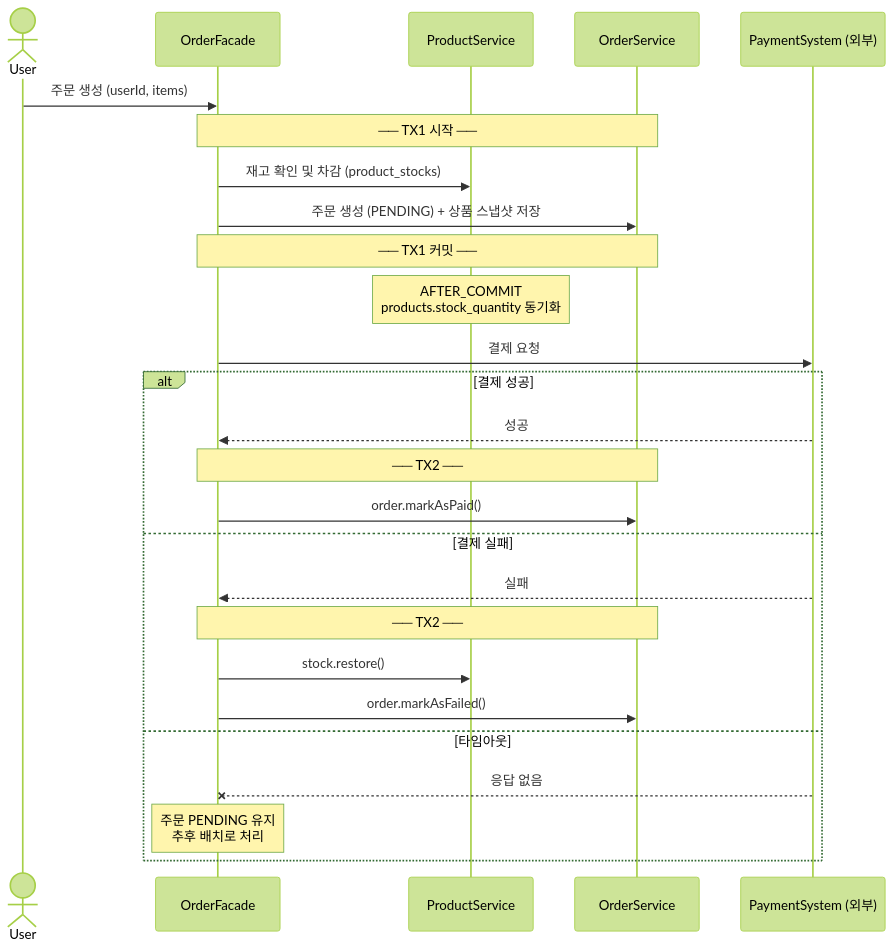
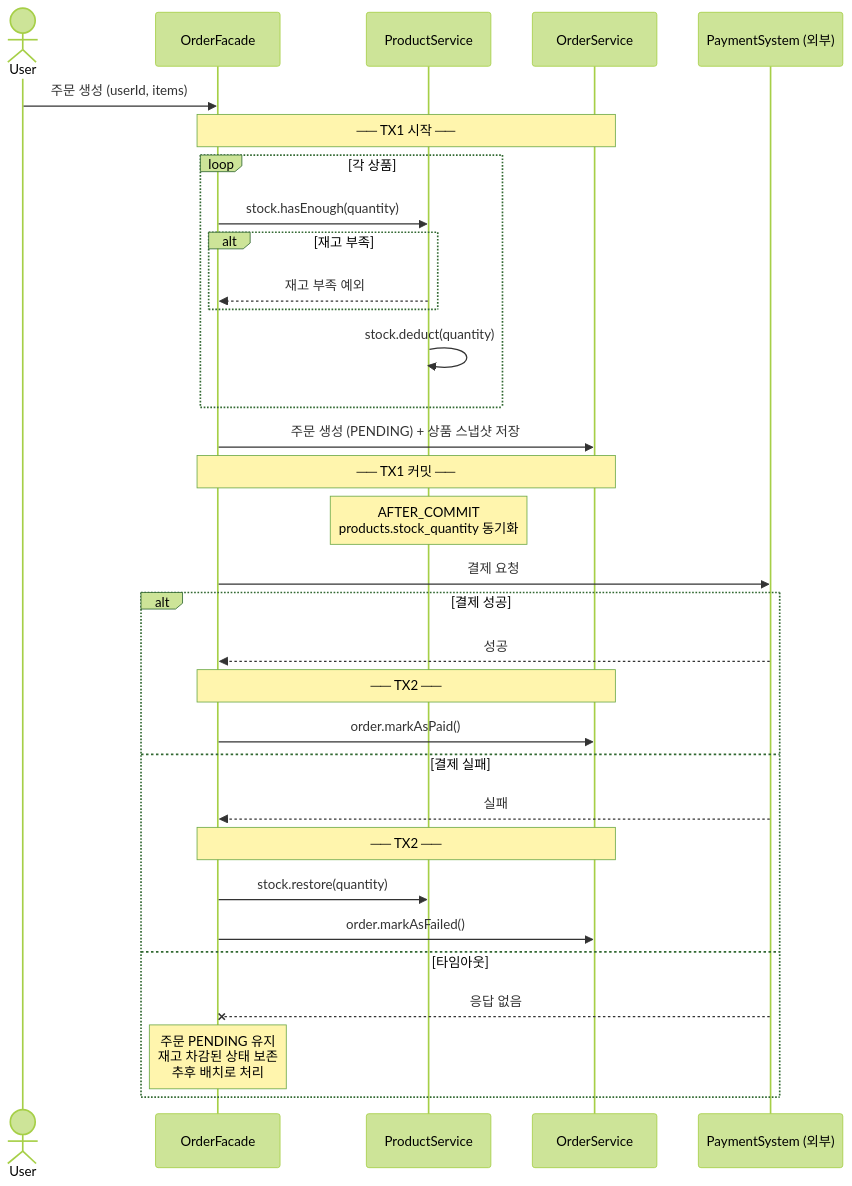
The second of 2 diagrams in docs/week2/02-sequence-diagrams.md (yeonjoo7/loop-pack-be-l2-vol4-kotlin), drawn with Mermaid (forest theme) before and after one commit.

Commit message:
docs: restore stock detail in order sequence diagram
재고 확인/차감/복원 흐름 명시, 타임아웃 시 재고 상태 보존 표기

https://claude.ai/code/session_019WBWjefkgawTKtp8sDjSwL

````diff
--- a/docs/week2/02-sequence-diagrams.md
+++ b/docs/week2/02-sequence-diagrams.md
@@ -61,32 +61,38 @@
 ```mermaid
 sequenceDiagram
     actor User
     participant Facade as OrderFacade
     participant ProdSvc as ProductService
     participant OrdSvc as OrderService
     participant Pay as PaymentSystem (외부)
 
     User->>Facade: 주문 생성 (userId, items)
 
     Note over Facade,OrdSvc: ── TX1 시작 ──
-    Facade->>ProdSvc: 재고 확인 및 차감 (product_stocks)
+    loop 각 상품
+        Facade->>ProdSvc: stock.hasEnough(quantity)
+        alt 재고 부족
+            ProdSvc-->>Facade: 재고 부족 예외
+        end
+        ProdSvc->>ProdSvc: stock.deduct(quantity)
+    end
     Facade->>OrdSvc: 주문 생성 (PENDING) + 상품 스냅샷 저장
     Note over Facade,OrdSvc: ── TX1 커밋 ──
     Note over ProdSvc: AFTER_COMMIT<br/>products.stock_quantity 동기화
 
     Facade->>Pay: 결제 요청
 
     alt 결제 성공
         Pay-->>Facade: 성공
         Note over Facade,OrdSvc: ── TX2 ──
         Facade->>OrdSvc: order.markAsPaid()
     else 결제 실패
         Pay-->>Facade: 실패
         Note over Facade,OrdSvc: ── TX2 ──
-        Facade->>ProdSvc: stock.restore()
+        Facade->>ProdSvc: stock.restore(quantity)
         Facade->>OrdSvc: order.markAsFailed()
     else 타임아웃
         Pay--xFacade: 응답 없음
-        Note over Facade: 주문 PENDING 유지<br/>추후 배치로 처리
+        Note over Facade: 주문 PENDING 유지<br/>재고 차감된 상태 보존<br/>추후 배치로 처리
     end
 ```
````
